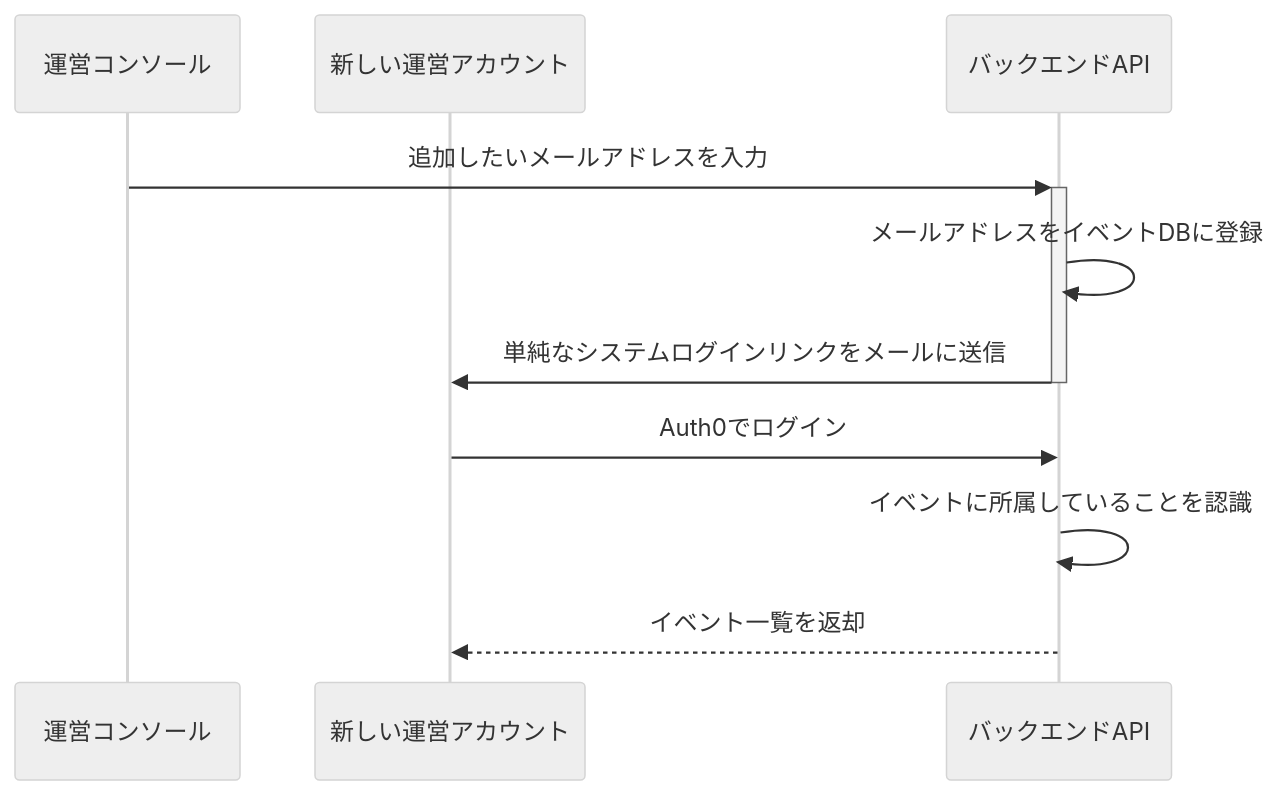
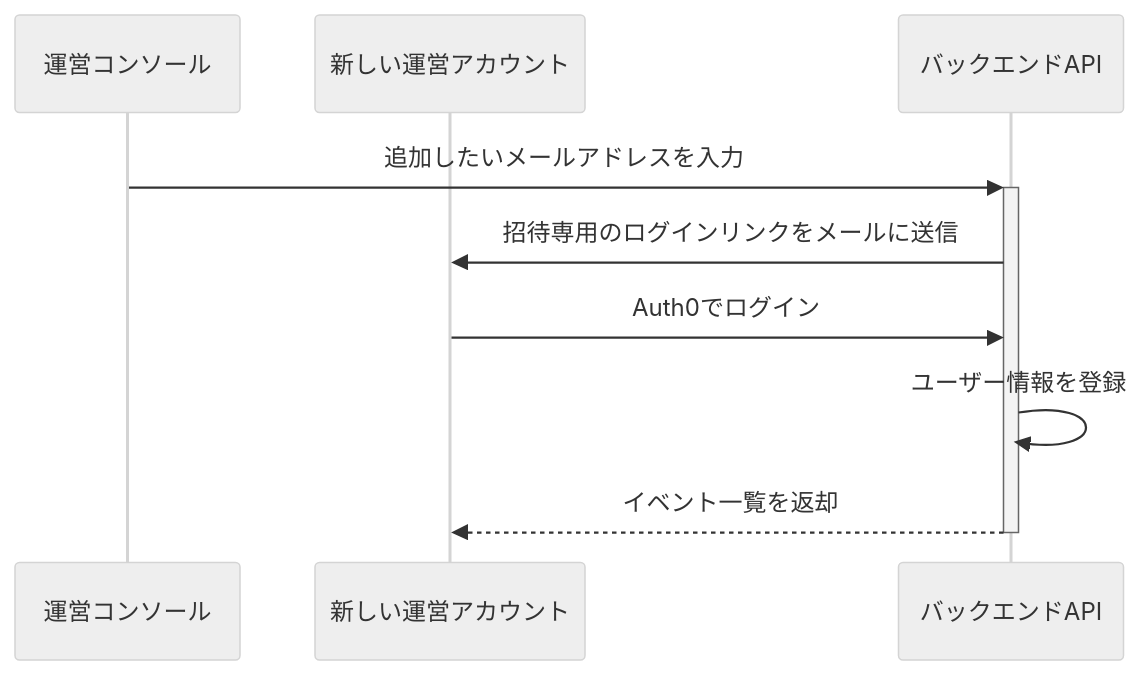
Before and after one commit to after-school-garbage-squad/repaint-architecture: the third of 6 diagrams in docs/sequence/admin.md, drawn with Mermaid (neutral theme). The commit also changed other lines of this file and 3 other files, not shown here.

Commit message:
feat(sequence): update admin

````diff
--- a/docs/sequence/admin.md
+++ b/docs/sequence/admin.md
@@ -46,13 +35,12 @@
 ```mermaid
 sequenceDiagram
     participant web as 運営コンソール
     participant new as 新しい運営アカウント
     participant back as バックエンドAPI
     web ->>+ back: 追加したいメールアドレスを入力
-    back  ->> back: メールアドレスをイベントDBに登録
-    back ->>- new: 単純なシステムログインリンクをメールに送信
+    back ->> new: 招待専用のログインリンクをメールに送信
     new ->> back: Auth0でログイン
-    back ->> back: イベントに所属していることを認識
-    back -->> new: イベント一覧を返却
+    back ->> back: ユーザー情報を登録
+    back -->>- new: イベント一覧を返却
 
 ```
````
